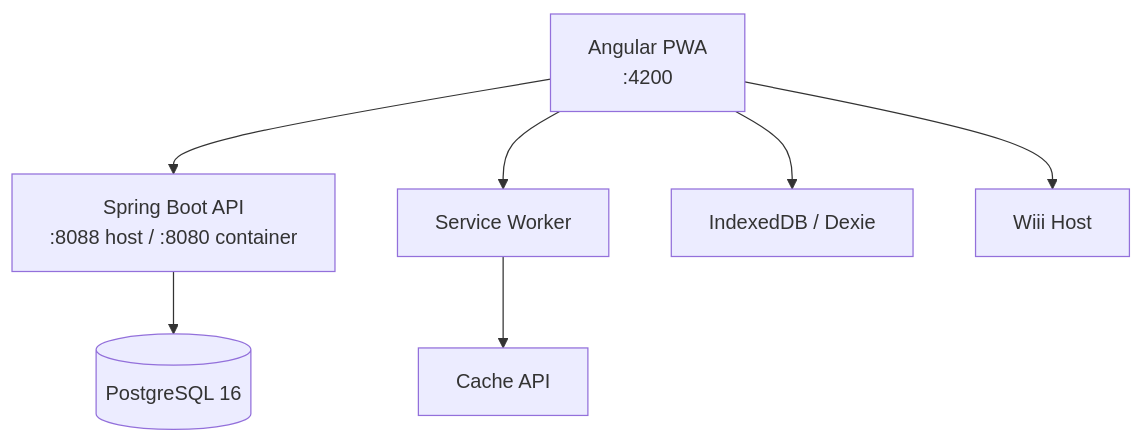
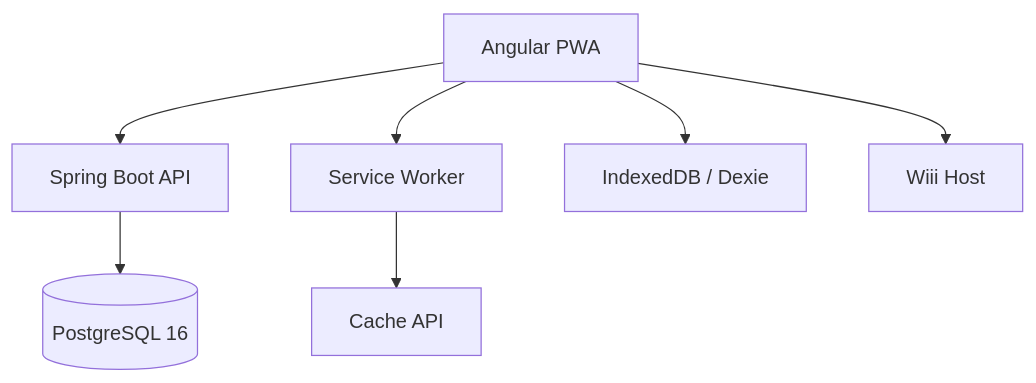
One commit to linhlinhlin/LMS_hohulili changed the diagram in README.md. Above: the diagram before and after it, drawn with Mermaid. The commit also changed other lines of this file and 65 other files, not shown here.

````diff
--- a/README.md
+++ b/README.md
@@ -149,17 +118,17 @@
 ```mermaid
 graph TD
-    FE["Angular PWA<br/>:4200"]
-    API["Spring Boot API<br/>:8088 host / :8080 container"]
+    FE["Angular PWA"]
+    API["Spring Boot API"]
     DB[("PostgreSQL 16")]
     SW["Service Worker"]
     IDB["IndexedDB / Dexie"]
     CACHE["Cache API"]
     WIII["Wiii Host"]
 
     FE --> API
     API --> DB
     FE --> SW
     FE --> IDB
     SW --> CACHE
     FE --> WIII
 ```
````
